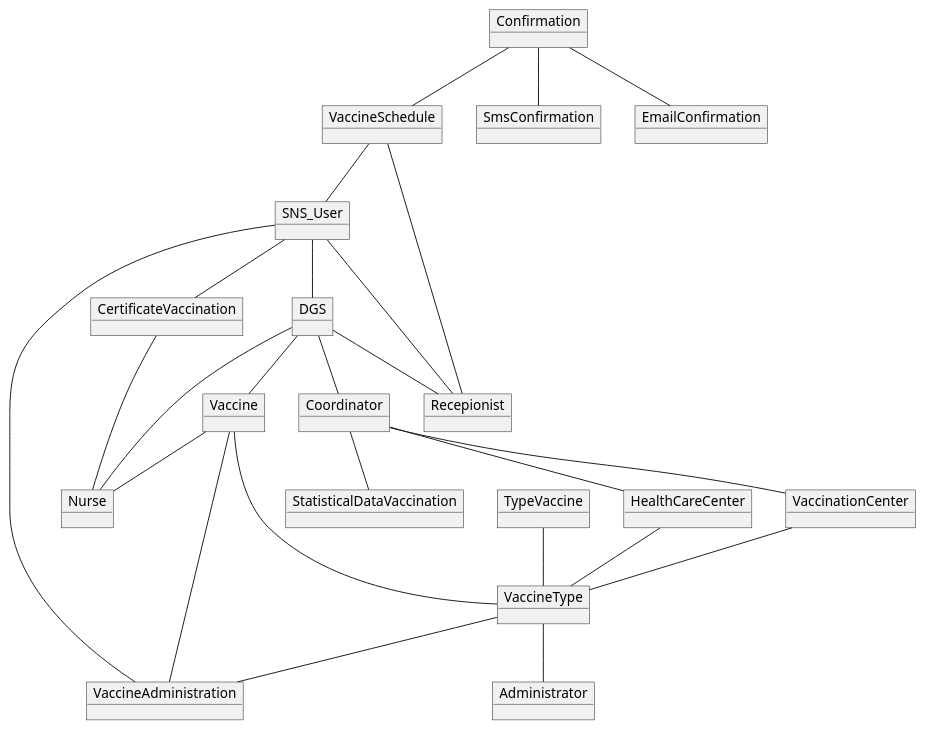
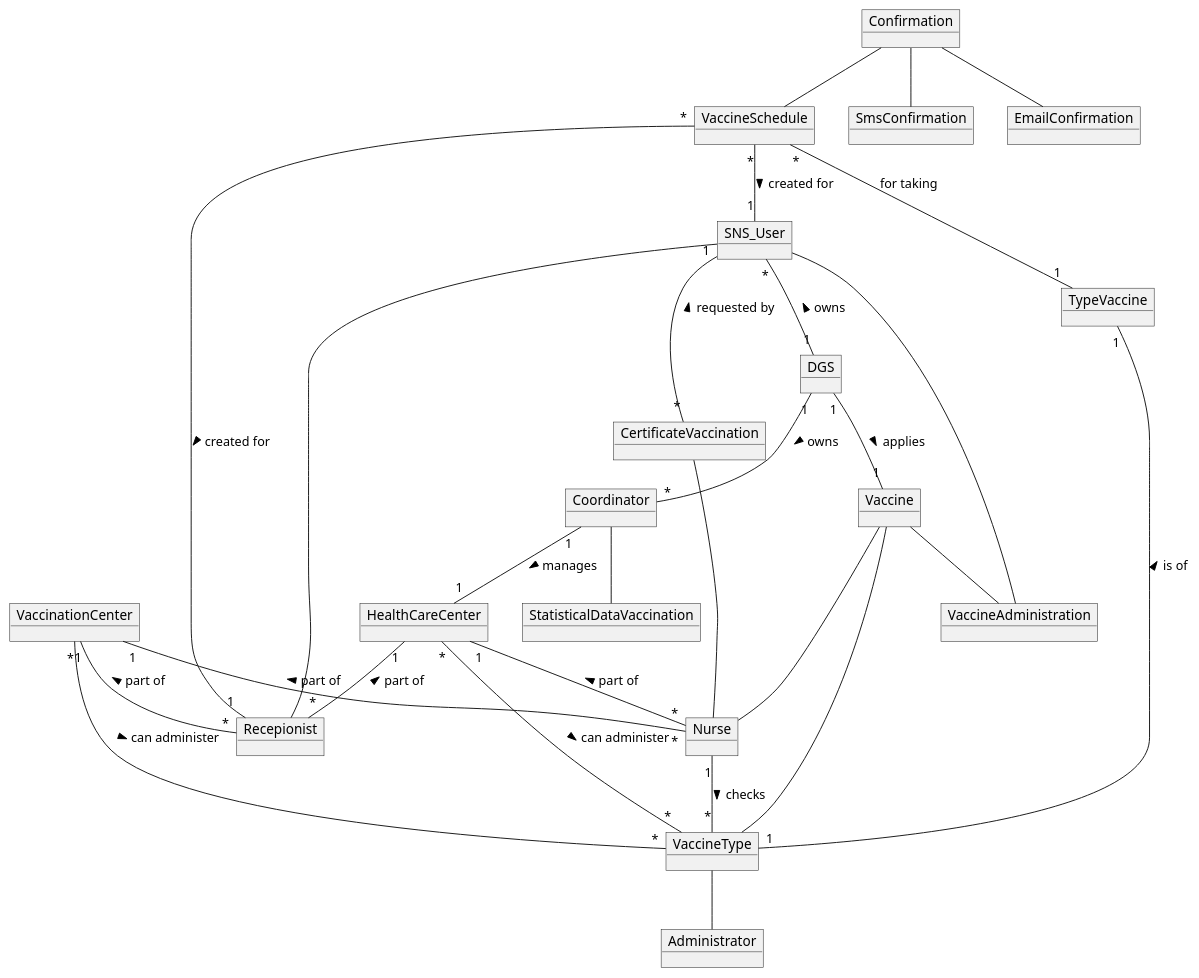
The diagram in docs/SprintA/DM.puml (osnilas/SNSsystem), drawn with PlantUML before and after one commit.

Commit message:
DM update

```diff
--- a/docs/SprintA/DM.puml
+++ b/docs/SprintA/DM.puml
@@ -1,49 +1,51 @@
 @startuml
 'https://plantuml.com/object-diagram
 
 object SNS_User
 object DGS
 object Administrator
 object Coordinator
 object Nurse
 object Recepionist
 object HealthCareCenter
 object VaccinationCenter
 object VaccineType
 object TypeVaccine
 object Vaccine
 object VaccineSchedule
 object StatisticalDataVaccination
 object CertificateVaccination
 object VaccineAdministration
 object Confirmation
 object SmsConfirmation
 object EmailConfirmation
 
-SNS_User -- DGS
-DGS -- Coordinator
-DGS -- Vaccine
-TypeVaccine -- VaccineType
-SNS_User -- CertificateVaccination
-Coordinator -- HealthCareCenter
-Coordinator -- VaccinationCenter
+SNS_User"*"--"1" DGS : < owns
+DGS"1" -- "*"Coordinator : > owns
+DGS "1"--"1" Vaccine : > applies
+TypeVaccine "1"--"1"VaccineType : < is of
+SNS_User "1"--"*" CertificateVaccination: < requested by
+Coordinator"1" --"1" HealthCareCenter: > manages
+HealthCareCenter "1"--"*" Nurse: < part of
+VaccinationCenter "1"--"*" Nurse: < part of
+HealthCareCenter "1"--"*" Recepionist: < part of
+VaccinationCenter "1"--"*" Recepionist: < part of
+Nurse "1"--"*" VaccineType: > checks
 Coordinator -- StatisticalDataVaccination
-HealthCareCenter -- VaccineType
-VaccinationCenter -- VaccineType
-VaccineSchedule -- SNS_User
-VaccineSchedule -- Recepionist
-Recepionist -- SNS_User
-VaccineType -- VaccineAdministration
-VaccineAdministration -- SNS_User
+HealthCareCenter "*"--"*" VaccineType: > can administer
+VaccinationCenter "*"--"*" VaccineType: > can administer
+VaccineSchedule"*" -- "1"SNS_User: > created for
+VaccineSchedule"*" -- "1"Recepionist: > created for
+VaccineSchedule"*" -- "1"TypeVaccine: for taking
 Vaccine -- Nurse
 Vaccine -- VaccineAdministration
 Vaccine -- VaccineType
+Recepionist -- SNS_User
+VaccineAdministration -- SNS_User
 VaccineType -- Administrator
 CertificateVaccination -- Nurse
-DGS -- Recepionist
-DGS -- Nurse
 Confirmation -- VaccineSchedule
 Confirmation -- SmsConfirmation
 Confirmation -- EmailConfirmation
 
 @enduml
```
